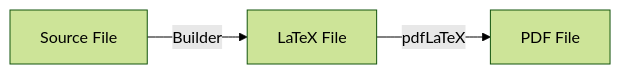
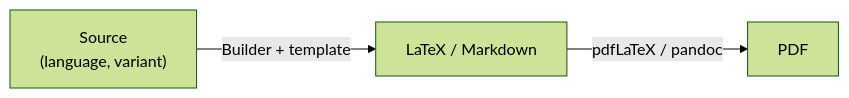
One commit to rsalesc/rbx changed the diagram in docs/setters/statements/index.md. Above: the diagram before and after it, drawn with Mermaid (forest theme). The commit also changed other lines of this file, not shown here.

````diff
--- a/docs/setters/statements/index.md
+++ b/docs/setters/statements/index.md
@@ -11,5 +135,5 @@
 ```mermaid
 graph LR
-    Source[Source File] -->|Builder| TeX[LaTeX File]
-    TeX -->|pdfLaTeX| PDF[PDF File]
+    Source["Source<br/>(language, variant)"] -->|Builder + template| TeX["LaTeX / Markdown"]
+    TeX -->|pdfLaTeX / pandoc| PDF["PDF"]
 ```
````
